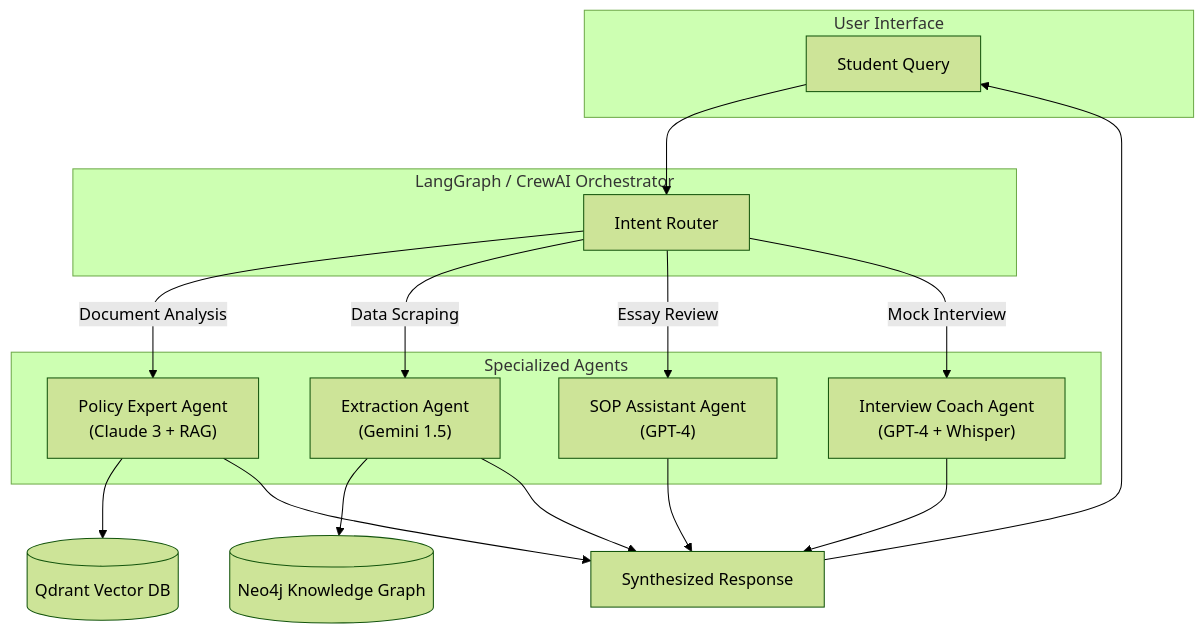
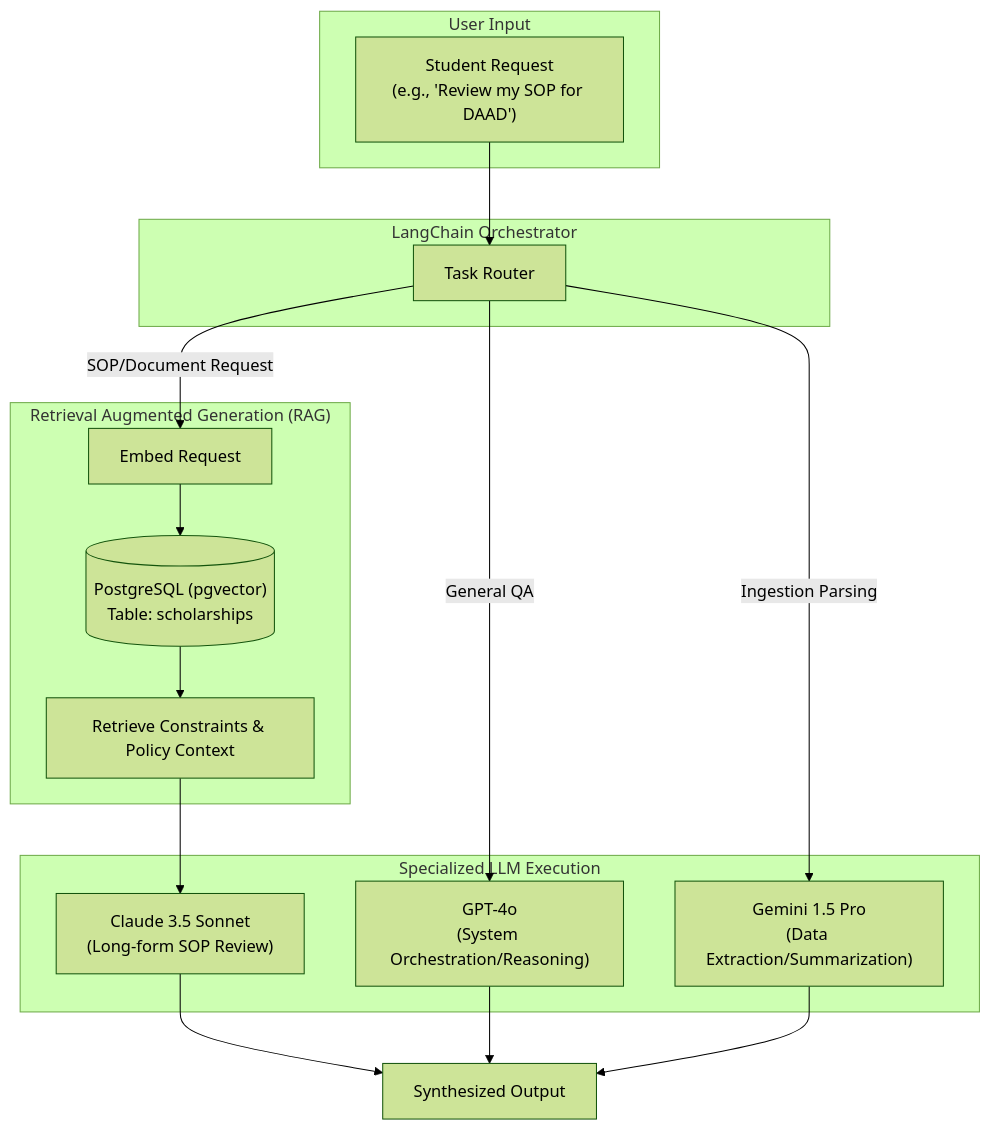
Before and after one commit to HaiderNaqvi-5/scholarai-platform: the third of 3 diagrams in docs/architecture_diagrams.md, drawn with Mermaid (forest theme). The commit also changed other lines of this file and 10 other files, not shown here.

Commit message:
chore(arch): finalize strict MVP architecture blueprint (6 modules, OpenSearch, pgvector, LangChain)

````diff
--- a/docs/architecture_diagrams.md
+++ b/docs/architecture_diagrams.md
@@ -221,29 +92,30 @@
 ```mermaid
 graph TD
-    subgraph "User Interface"
-        USER["Student Query"]
+    subgraph "User Input"
+        REQ["Student Request<br/>(e.g., 'Review my SOP for DAAD')"]
     end
 
-    subgraph "LangGraph / CrewAI Orchestrator"
-        ROUTER["Intent Router"]
+    subgraph "LangChain Orchestrator"
+        ROUTER["Task Router"]
     end
 
-    subgraph "Specialized Agents"
-        AGT_SOP["SOP Assistant Agent<br/>(GPT-4)"]
-        AGT_POL["Policy Expert Agent<br/>(Claude 3 + RAG)"]
-        AGT_EXT["Extraction Agent<br/>(Gemini 1.5)"]
-        AGT_INT["Interview Coach Agent<br/>(GPT-4 + Whisper)"]
+    subgraph "Retrieval Augmented Generation (RAG)"
+        EMB_REQ["Embed Request"]
+        PG_DB[("PostgreSQL (pgvector)<br/>Table: scholarships")]
+        CTX["Retrieve Constraints & Policy Context"]
     end
 
-    USER --> ROUTER
-    ROUTER -->|Document Analysis| AGT_POL
-    ROUTER -->|Data Scraping| AGT_EXT
-    ROUTER -->|Essay Review| AGT_SOP
-    ROUTER -->|Mock Interview| AGT_INT
+    subgraph "Specialized LLM Execution"
+        CLAUDE["Claude 3.5 Sonnet<br/>(Long-form SOP Review)"]
+        GPT4["GPT-4o<br/>(System Orchestration/Reasoning)"]
+        GEMINI["Gemini 1.5 Pro<br/>(Data Extraction/Summarization)"]
+    end
 
-    AGT_POL --> RDB[("Qdrant Vector DB")]
-    AGT_EXT --> GDB[("Neo4j Knowledge Graph")]
-    
-    AGT_SOP & AGT_POL & AGT_EXT & AGT_INT --> RESP["Synthesized Response"]
-    RESP --> USER
+    REQ --> ROUTER
+    ROUTER -->|SOP/Document Request| EMB_REQ
+    EMB_REQ --> PG_DB --> CTX
+    CTX --> CLAUDE
+    ROUTER -->|General QA| GPT4
+    ROUTER -->|Ingestion Parsing| GEMINI
+    CLAUDE & GPT4 & GEMINI --> RESP["Synthesized Output"]
 ```
````
